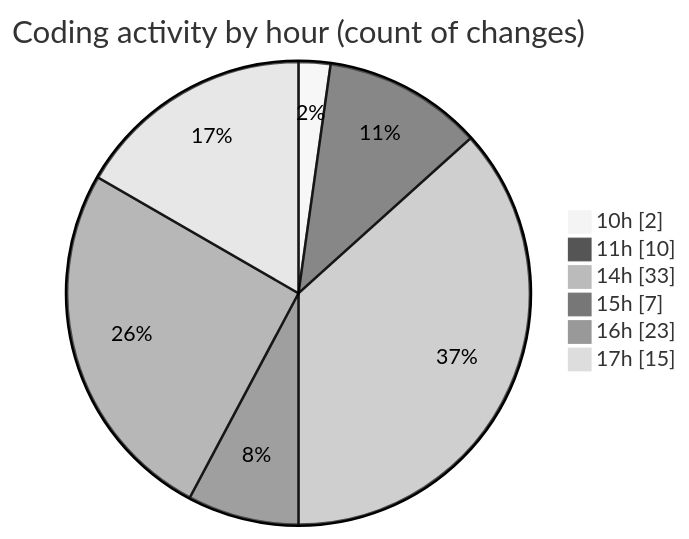
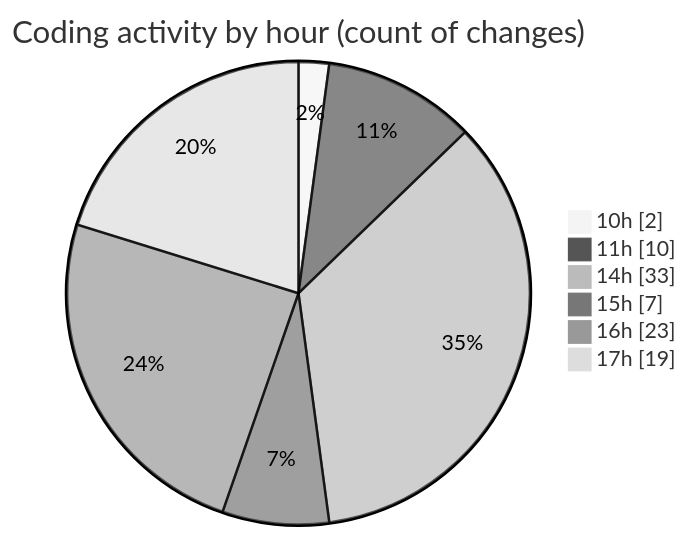
The second of 2 diagrams in 2025-06-02/studio-backend/README.md (idhammustaqopulfikri/code-tracking), drawn with Mermaid (neutral theme) before and after one commit. The commit also changed other lines of this file and 1 other file, not shown here.

````diff
--- a/2025-06-02/studio-backend/README.md
+++ b/2025-06-02/studio-backend/README.md
@@ -47,10 +47,10 @@
 ```mermaid
 pie showData
 title Coding activity by hour (count of changes)
 "10h" : 2
 "11h" : 10
 "14h" : 33
 "15h" : 7
 "16h" : 23
-"17h" : 15
+"17h" : 19
 ```
````
